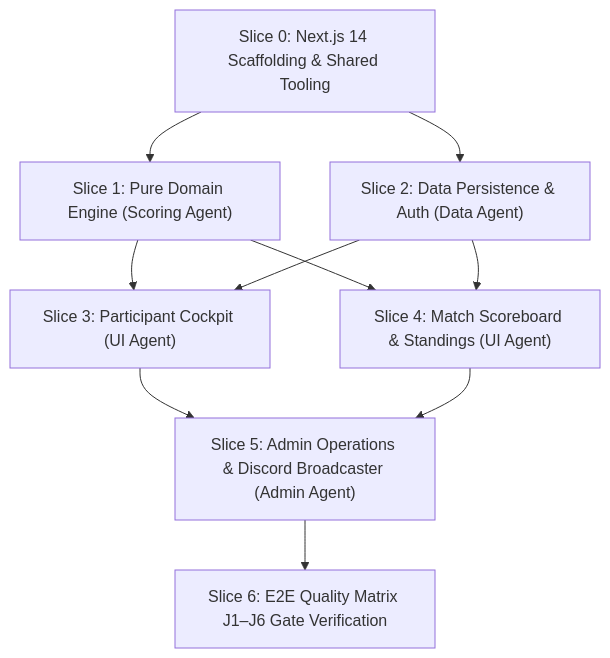
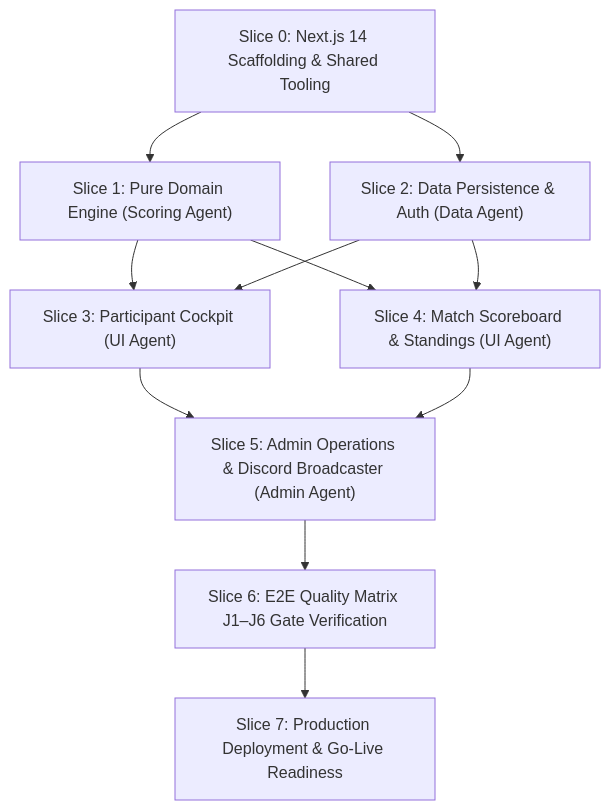
Before and after one commit to Afnanpathan2004/holdmetoit: the diagram in HANDOFF.md, drawn with Mermaid. The commit also changed other lines of this file and 6 other files, not shown here.

Commit message:
chore: prepare production deployment

````diff
--- a/HANDOFF.md
+++ b/HANDOFF.md
@@ -84,11 +84,12 @@
 ```mermaid
 graph TD
     S0["Slice 0: Next.js 14 Scaffolding & Shared Tooling"] --> S1["Slice 1: Pure Domain Engine (Scoring Agent)"]
     S0 --> S2["Slice 2: Data Persistence & Auth (Data Agent)"]
     S1 --> S3["Slice 3: Participant Cockpit (UI Agent)"]
     S2 --> S3
     S1 --> S4["Slice 4: Match Scoreboard & Standings (UI Agent)"]
     S2 --> S4
     S3 & S4 --> S5["Slice 5: Admin Operations & Discord Broadcaster (Admin Agent)"]
     S5 --> S6["Slice 6: E2E Quality Matrix J1–J6 Gate Verification"]
+    S6 --> S7["Slice 7: Production Deployment & Go-Live Readiness"]
 ```
````
